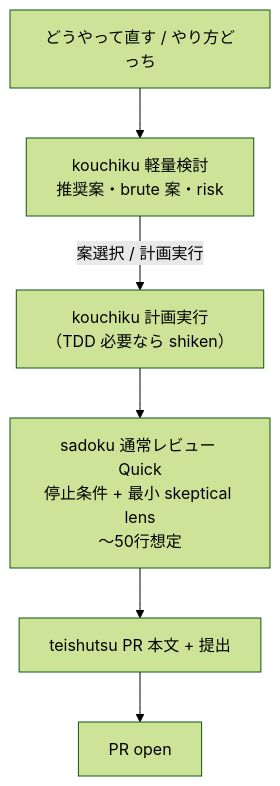
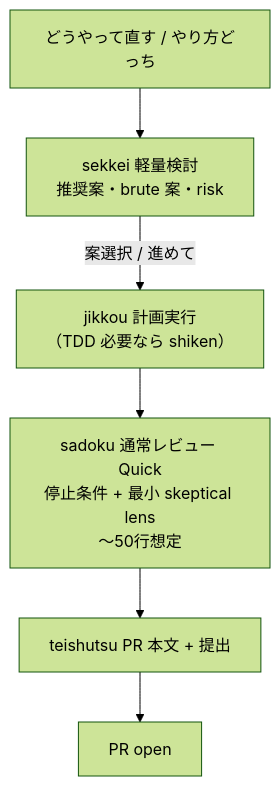
The fifth of 6 diagrams in docs/workflow.md (hayashiii-ghub/hikizan), drawn with Mermaid (forest theme) before and after one commit. The commit also changed other lines of this file and 24 other files, not shown here.

First line of the commit message:
skills: kouchiku を sekkei (設計) / jikkou (実行) に分割し suriawase を溶解する (#57)

````diff
--- a/docs/workflow.md
+++ b/docs/workflow.md
@@ -140,8 +143,8 @@
 ```mermaid
 flowchart TB
-  D0["どうやって直す / やり方どっち"] --> D1["kouchiku 軽量検討<br/>推奨案・brute 案・risk"]
-  D1 -->|"案選択 / 計画実行"| D2["kouchiku 計画実行<br/>（TDD 必要なら shiken）"]
+  D0["どうやって直す / やり方どっち"] --> D1["sekkei 軽量検討<br/>推奨案・brute 案・risk"]
+  D1 -->|"案選択 / 進めて"| D2["jikkou 計画実行<br/>（TDD 必要なら shiken）"]
   D2 --> D3["sadoku 通常レビュー Quick<br/>停止条件 + 最小 skeptical lens<br/>〜50行想定"]
   D3 --> D4["teishutsu PR 本文 + 提出"]
   D4 --> D5["PR open"]
 ```
````
